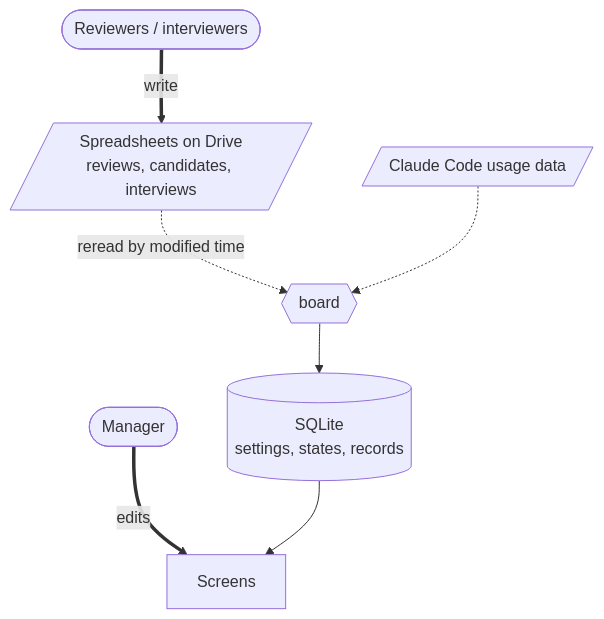
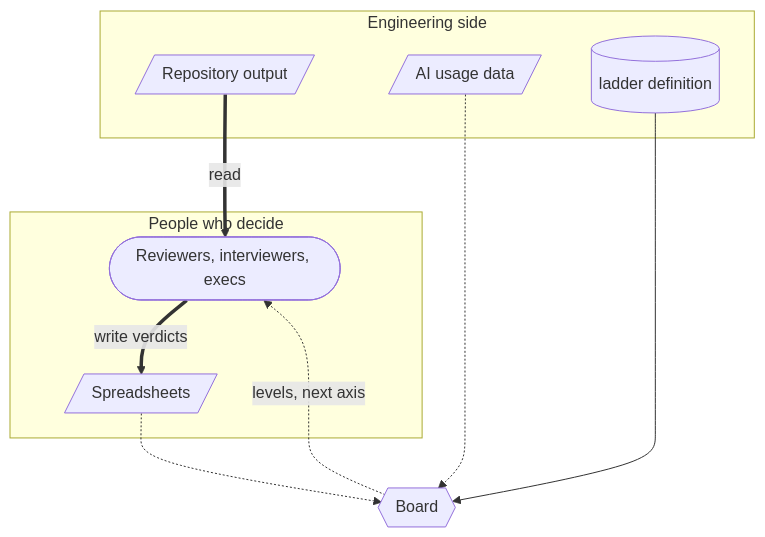
The diagram in README.en.md (yktsnet/mgmt-kit), drawn with Mermaid before and after one commit. The commit also changed other lines of this file and 21 other files, not shown here.

````diff
--- a/README.en.md
+++ b/README.en.md
@@ -53,9 +56,16 @@
 ```mermaid
 flowchart TD
-    R([Reviewers / interviewers]) ==>|write| S[/Spreadsheets on Drive<br>reviews, candidates, interviews/]
-    M([Manager]) ==>|edits| UI
-    S -.->|reread by modified time| B{{board}}
-    U[/Claude Code usage data/] -.-> B
-    B --> DB[(SQLite<br>settings, states, records)]
-    DB --> UI[Screens]
+    subgraph P[People who decide]
+        H([Reviewers, interviewers, execs]) ==>|write verdicts| S[/Spreadsheets/]
+    end
+    subgraph E[Engineering side]
+        W[/Repository output/]
+        U[/AI usage data/]
+        L[(ladder definition)]
+    end
+    W ==>|read| H
+    S -.-> B{{Board}}
+    U -.-> B
+    L --> B
+    B -.->|levels, next axis| H
 ```
````
